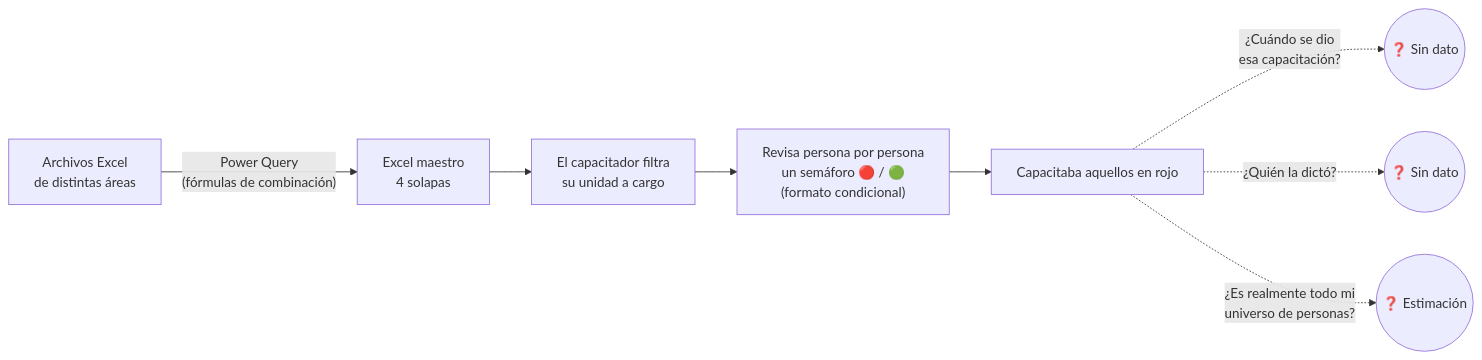
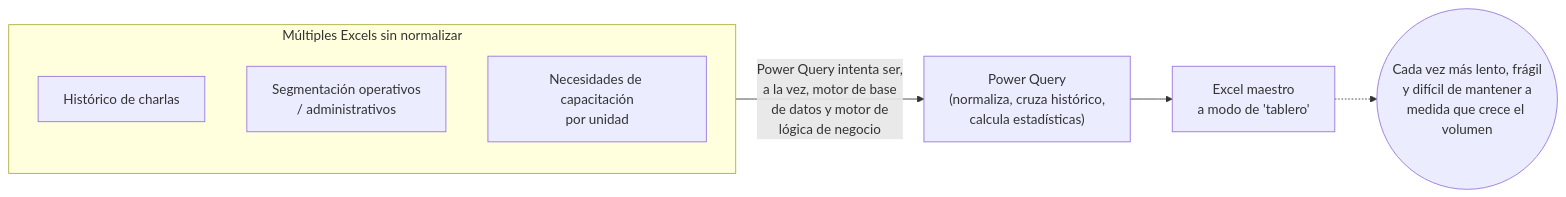
The first of 3 diagrams in charla-5-min/README.md (jminolli-e/case-studies), drawn with Mermaid before and after one commit. The commit also changed other lines of this file, not shown here.

````diff
--- a/charla-5-min/README.md
+++ b/charla-5-min/README.md
@@ -19,10 +39,11 @@
 ```mermaid
 flowchart LR
-    A["Archivos Excel<br/>de distintas áreas"] -->|"Power Query<br/>(fórmulas de combinación)"| B["Excel maestro<br/>4 solapas"]
-    B --> C["El capacitador filtra<br/>su unidad a cargo"]
-    C --> D["Revisa persona por persona<br/>un semáforo 🔴 / 🟢<br/>(formato condicional)"]
-    D --> E["Capacitaba aquellos en rojo"]
-    E -.->|"¿Cuándo se dio<br/>esa capacitación?"| Q1(("❓ Sin dato"))
-    E -.->|"¿Quién la dictó?"| Q2(("❓ Sin dato"))
-    E -.->|"¿Es realmente todo mi<br/>universo de personas?"| Q3(("❓ Estimación"))
+    subgraph Fuentes["Múltiples Excels sin normalizar"]
+        F1["Histórico de charlas"]
+        F2["Segmentación operativos<br/>/ administrativos"]
+        F3["Necesidades de capacitación<br/>por unidad"]
+    end
+    Fuentes -->|"Power Query intenta ser,<br/>a la vez, motor de base<br/>de datos y motor de<br/>lógica de negocio"| PQ["Power Query<br/>(normaliza, cruza histórico,<br/>calcula estadísticas)"]
+    PQ --> TAB["Excel maestro<br/>a modo de 'tablero'"]
+    TAB -.-> P(("Cada vez más lento, frágil<br/>y difícil de mantener a<br/>medida que crece el volumen"))
 ```
````
